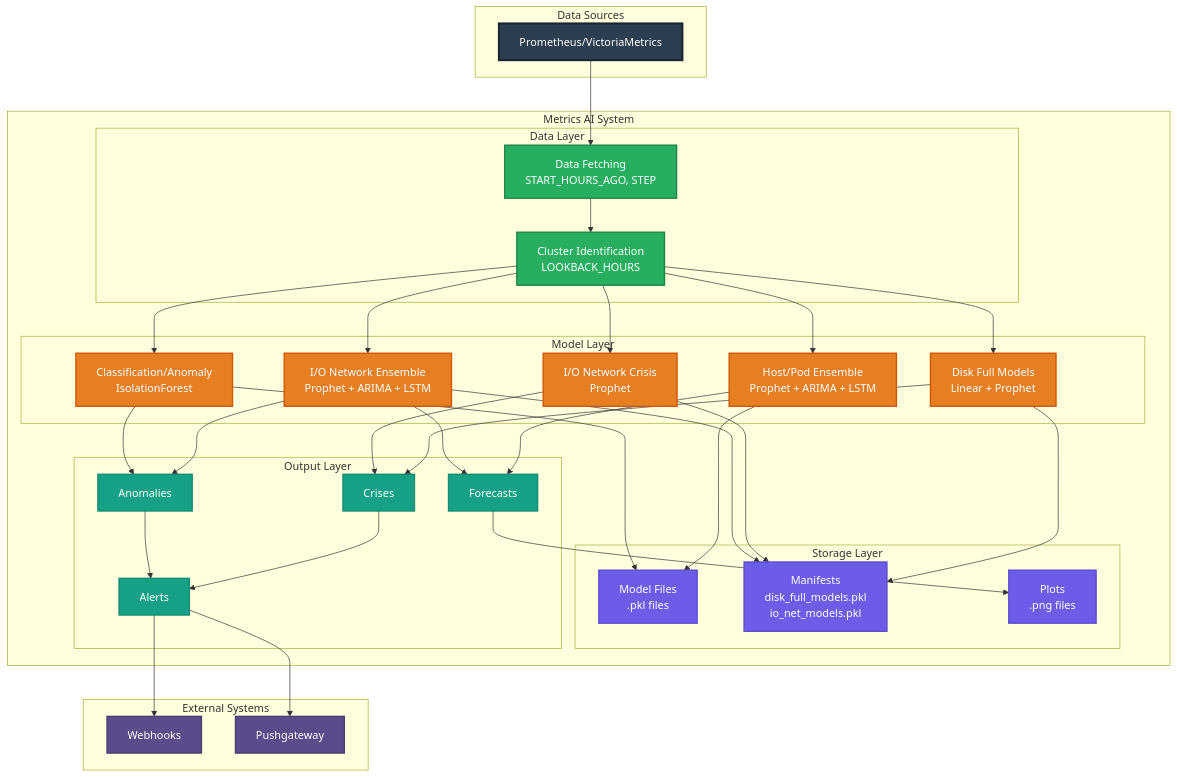
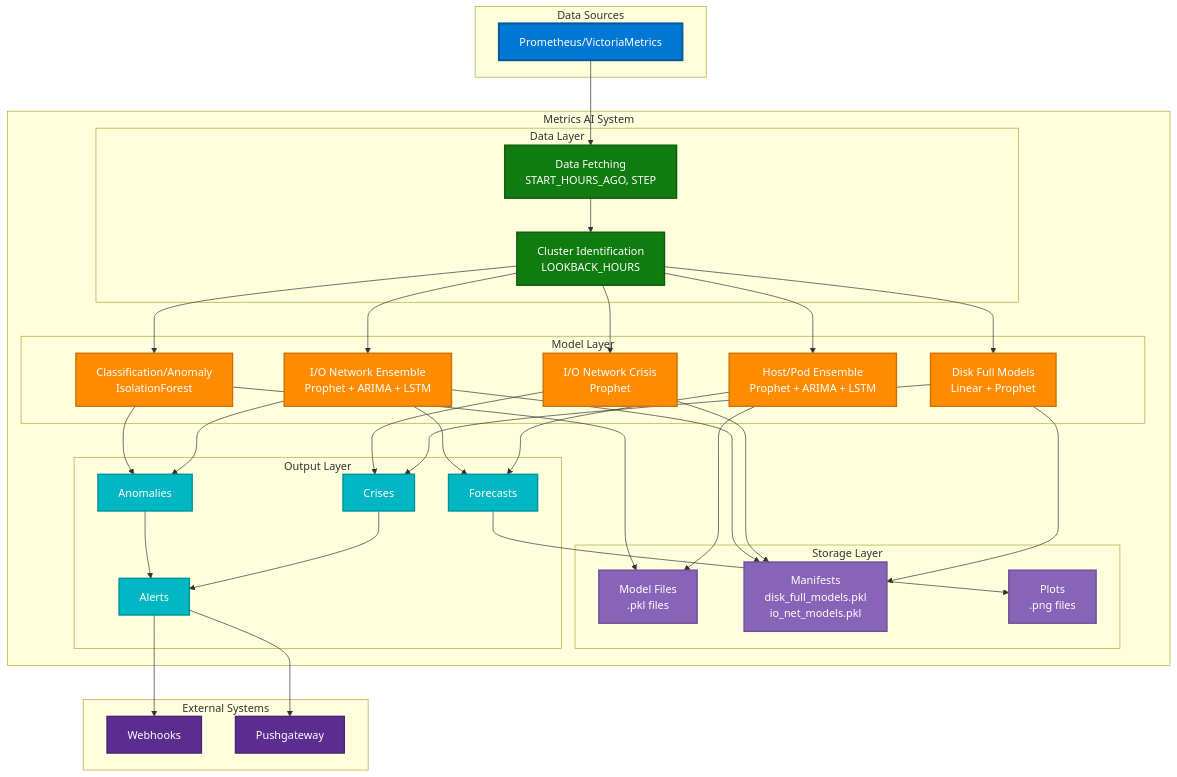
Before and after one commit to k8sautom8/metrics-ml: the first of 11 diagrams in Docs/VISUAL_ARCHITECTURE_GUIDE.md, drawn with Mermaid. The commit also changed other lines of this file, not shown here.

````diff
--- a/Docs/VISUAL_ARCHITECTURE_GUIDE.md
+++ b/Docs/VISUAL_ARCHITECTURE_GUIDE.md
@@ -39,80 +39,80 @@
 ```mermaid
 graph TB
     subgraph "Data Sources"
         P[Prometheus/VictoriaMetrics]
     end
     
     subgraph "Metrics AI System"
         subgraph "Data Layer"
             DF[Data Fetching<br/>START_HOURS_AGO, STEP]
             CI[Cluster Identification<br/>LOOKBACK_HOURS]
         end
         
         subgraph "Model Layer"
             HPE[Host/Pod Ensemble<br/>Prophet + ARIMA + LSTM]
             DFM[Disk Full Models<br/>Linear + Prophet]
             IOC[I/O Network Crisis<br/>Prophet]
             IOE[I/O Network Ensemble<br/>Prophet + ARIMA + LSTM]
             CLS[Classification/Anomaly<br/>IsolationForest]
         end
         
         subgraph "Storage Layer"
             MF[Model Files<br/>.pkl files]
             MN[Manifests<br/>disk_full_models.pkl<br/>io_net_models.pkl]
             PL[Plots<br/>.png files]
         end
         
         subgraph "Output Layer"
             FC[Forecasts]
             AN[Anomalies]
             CR[Crises]
             AL[Alerts]
         end
     end
     
     subgraph "External Systems"
         WH[Webhooks]
         PG[Pushgateway]
     end
     
     P --> DF
     DF --> CI
     CI --> HPE
     CI --> DFM
     CI --> IOC
     CI --> IOE
     CI --> CLS
     
     HPE --> MF
     DFM --> MN
     IOC --> MN
     IOE --> MN
     CLS --> MF
     
     HPE --> FC
     DFM --> CR
     IOC --> CR
     IOE --> FC
     IOE --> AN
     CLS --> AN
     
     FC --> PL
     CR --> AL
     AN --> AL
     AL --> WH
     AL --> PG
     
-    classDef dataSource fill:#2C3E50,stroke:#1A252F,stroke-width:3px,color:#fff
-    classDef dataLayer fill:#27AE60,stroke:#1E8449,stroke-width:2px,color:#fff
-    classDef modelLayer fill:#E67E22,stroke:#D35400,stroke-width:2px,color:#fff
-    classDef storageLayer fill:#6C5CE7,stroke:#5A4FCF,stroke-width:2px,color:#fff
-    classDef outputLayer fill:#16A085,stroke:#138D75,stroke-width:2px,color:#fff
-    classDef externalSystem fill:#5B4B8A,stroke:#4A3D73,stroke-width:2px,color:#fff
+    classDef dataSource fill:#0078D4,stroke:#005A9E,stroke-width:3px,color:#fff
+    classDef dataLayer fill:#107C10,stroke:#0B5A0B,stroke-width:2px,color:#fff
+    classDef modelLayer fill:#FF8C00,stroke:#CC7000,stroke-width:2px,color:#fff
+    classDef storageLayer fill:#8764B8,stroke:#6B4F93,stroke-width:2px,color:#fff
+    classDef outputLayer fill:#00B7C3,stroke:#00929A,stroke-width:2px,color:#fff
+    classDef externalSystem fill:#5C2D91,stroke:#4A2473,stroke-width:2px,color:#fff
     
     class P dataSource
     class DF,CI dataLayer
     class HPE,DFM,IOC,IOE,CLS modelLayer
     class MF,MN,PL storageLayer
     class FC,AN,CR,AL outputLayer
     class WH,PG externalSystem
 ```
````
